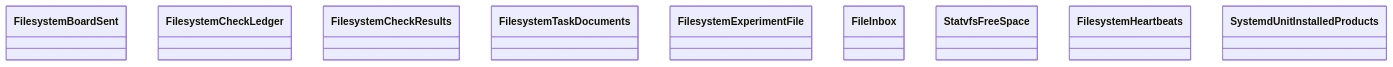
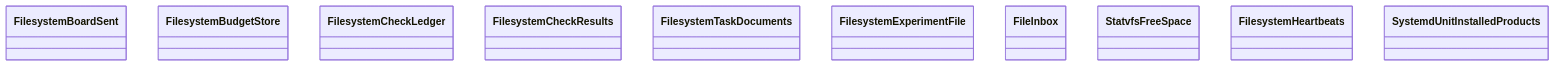
One commit to GonzaloZevallos/agentic-system changed the diagram in docs/architecture/generated/classes-process-adapters-filesystem-1.md. Above: the diagram before and after it, drawn with Mermaid. The commit also changed 17 other files, not shown here.

Commit message:
Regenerate the architecture docs after merging main

````diff
--- a/docs/architecture/generated/classes-process-adapters-filesystem-1.md
+++ b/docs/architecture/generated/classes-process-adapters-filesystem-1.md
@@ -12,12 +12,13 @@
 ```mermaid
 classDiagram
     class filesystem__board_sent__FilesystemBoardSent["FilesystemBoardSent"]
+    class filesystem__budget_store__FilesystemBudgetStore["FilesystemBudgetStore"]
     class filesystem__check_ledger__FilesystemCheckLedger["FilesystemCheckLedger"]
     class filesystem__check_results__FilesystemCheckResults["FilesystemCheckResults"]
     class filesystem__documents__FilesystemTaskDocuments["FilesystemTaskDocuments"]
     class filesystem__experiment_file__FilesystemExperimentFile["FilesystemExperimentFile"]
     class filesystem__file_inbox__FileInbox["FileInbox"]
     class filesystem__free_space__StatvfsFreeSpace["StatvfsFreeSpace"]
     class filesystem__heartbeats__FilesystemHeartbeats["FilesystemHeartbeats"]
     class filesystem__installed_products__SystemdUnitInstalledProducts["SystemdUnitInstalledProducts"]
 ```
````
